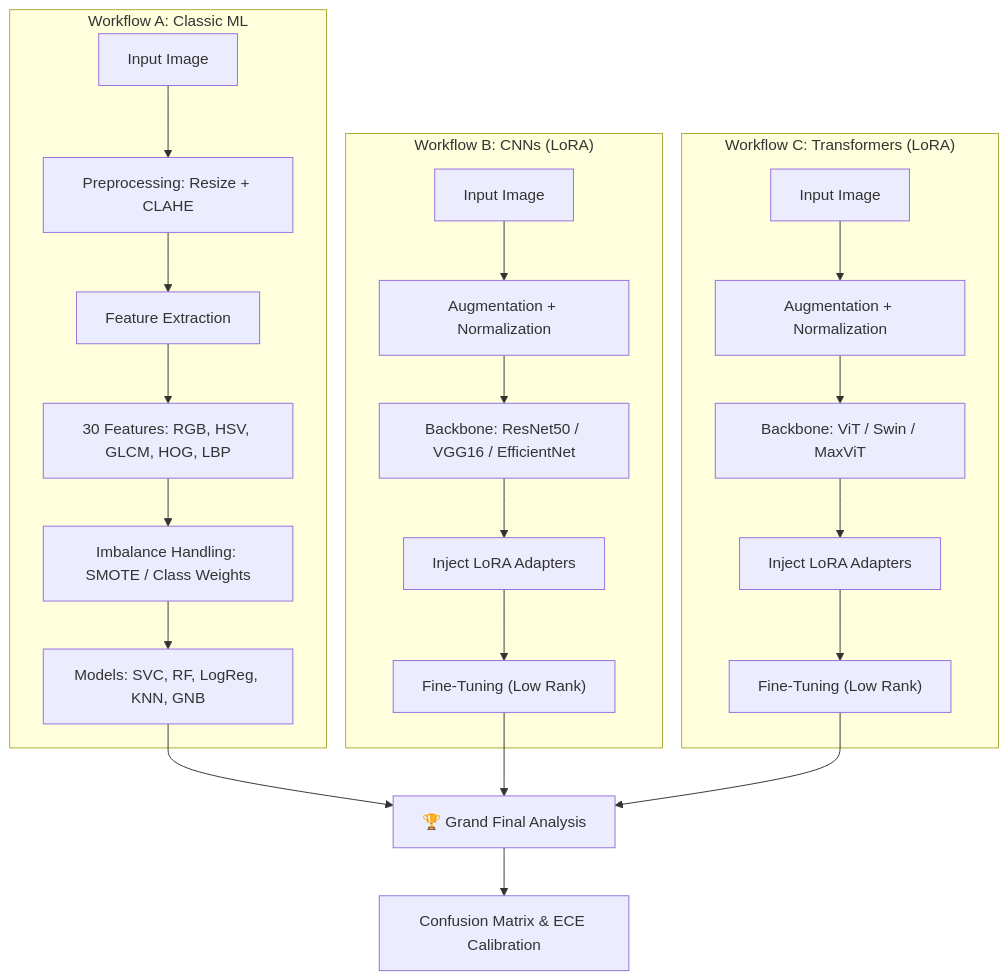
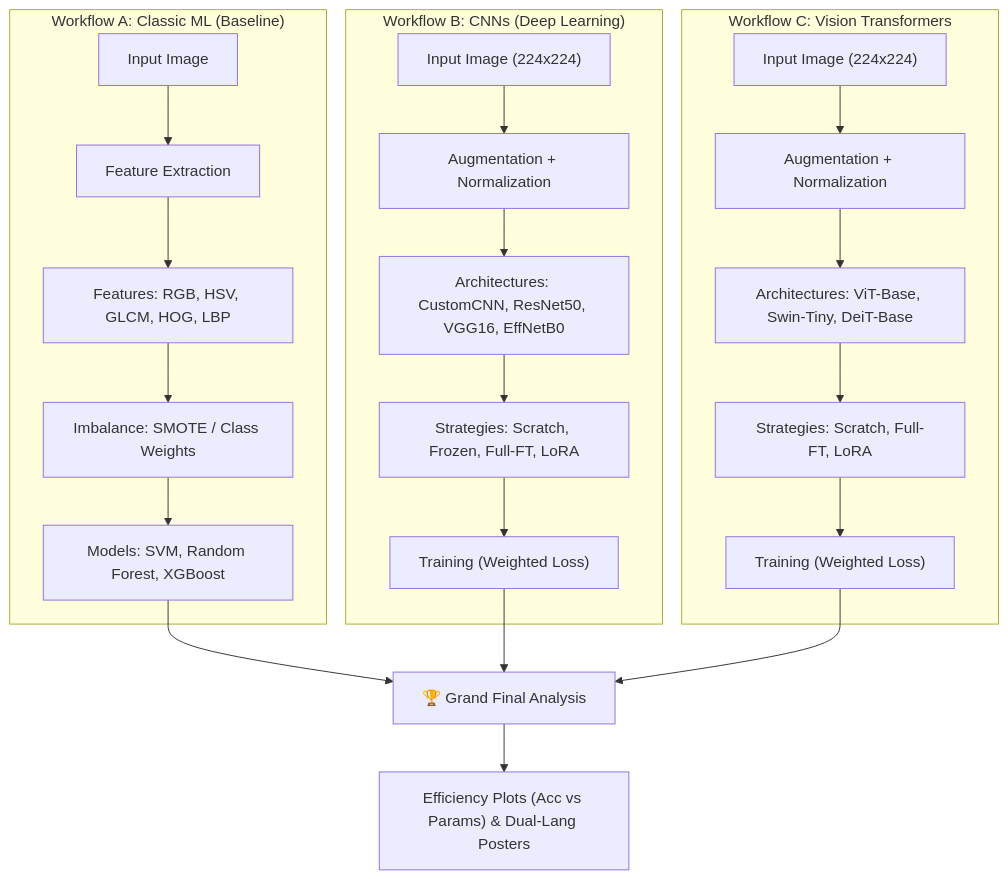
Before and after one commit to RazerArdi/Deteksi-Otomatis-Kanker-Kulit-Menggunakan-Citra-Multimodal: the diagram in README.md, drawn with Mermaid. The commit also changed other lines of this file, not shown here.

`````diff
--- a/README.md
+++ b/README.md
@@ -64,27 +34,26 @@
 ```mermaid
 graph TD;
-    subgraph "Workflow A: Classic ML"
-        A1[Input Image] --> B1[Preprocessing: Resize + CLAHE];
-        B1 --> C1["Feature Extraction"];
-        C1 --> D1["30 Features: RGB, HSV, GLCM, HOG, LBP"];
-        D1 --> E1["Imbalance Handling: SMOTE / Class Weights"];
-        E1 --> F1["Models: SVC, RF, LogReg, KNN, GNB"];
+    subgraph "Workflow A: Classic ML (Baseline)"
+        A1[Input Image] --> B1[Feature Extraction];
+        B1 --> C1["Features: RGB, HSV, GLCM, HOG, LBP"];
+        C1 --> D1["Imbalance: SMOTE / Class Weights"];
+        D1 --> E1["Models: SVM, Random Forest, XGBoost"];
     end
 
-    subgraph "Workflow B: CNNs (LoRA)"
-        A2["Input Image"] --> B2["Augmentation + Normalization"];
-        B2 --> C2["Backbone: ResNet50 / VGG16 / EfficientNet"];
-        C2 --> D2["Inject LoRA Adapters"];
-        D2 --> F2["Fine-Tuning (Low Rank)"];
+    subgraph "Workflow B: CNNs (Deep Learning)"
+        A2["Input Image (224x224)"] --> B2["Augmentation + Normalization"];
+        B2 --> C2["Architectures: CustomCNN, ResNet50, VGG16, EffNetB0"];
+        C2 --> D2["Strategies: Scratch, Frozen, Full-FT, LoRA"];
+        D2 --> E2["Training (Weighted Loss)"];
     end
 
-    subgraph "Workflow C: Transformers (LoRA)"
-        A3["Input Image"] --> B3["Augmentation + Normalization"];
-        B3 --> C3["Backbone: ViT / Swin / MaxViT"];
-        C3 --> D3["Inject LoRA Adapters"];
-        D3 --> F3["Fine-Tuning (Low Rank)"];
+    subgraph "Workflow C: Vision Transformers"
+        A3["Input Image (224x224)"] --> B3["Augmentation + Normalization"];
+        B3 --> C3["Architectures: ViT-Base, Swin-Tiny, DeiT-Base"];
+        C3 --> D3["Strategies: Scratch, Full-FT, LoRA"];
+        D3 --> E3["Training (Weighted Loss)"];
     end
 
-    F1 & F2 & F3 --> G["🏆 Grand Final Analysis"];
-    G --> H["Confusion Matrix & ECE Calibration"];
-```
+    E1 & E2 & E3 --> F["🏆 Grand Final Analysis"];
+    F --> G["Efficiency Plots (Acc vs Params) & Dual-Lang Posters"];
+````
`````
